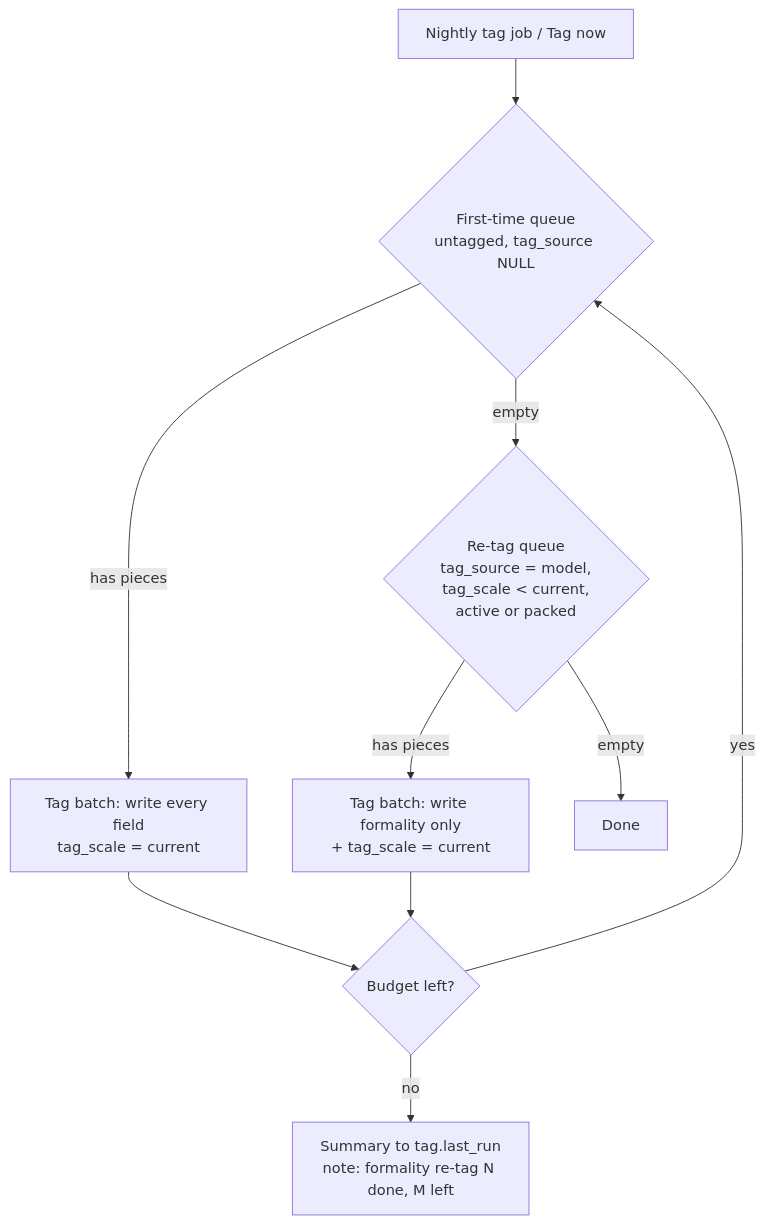
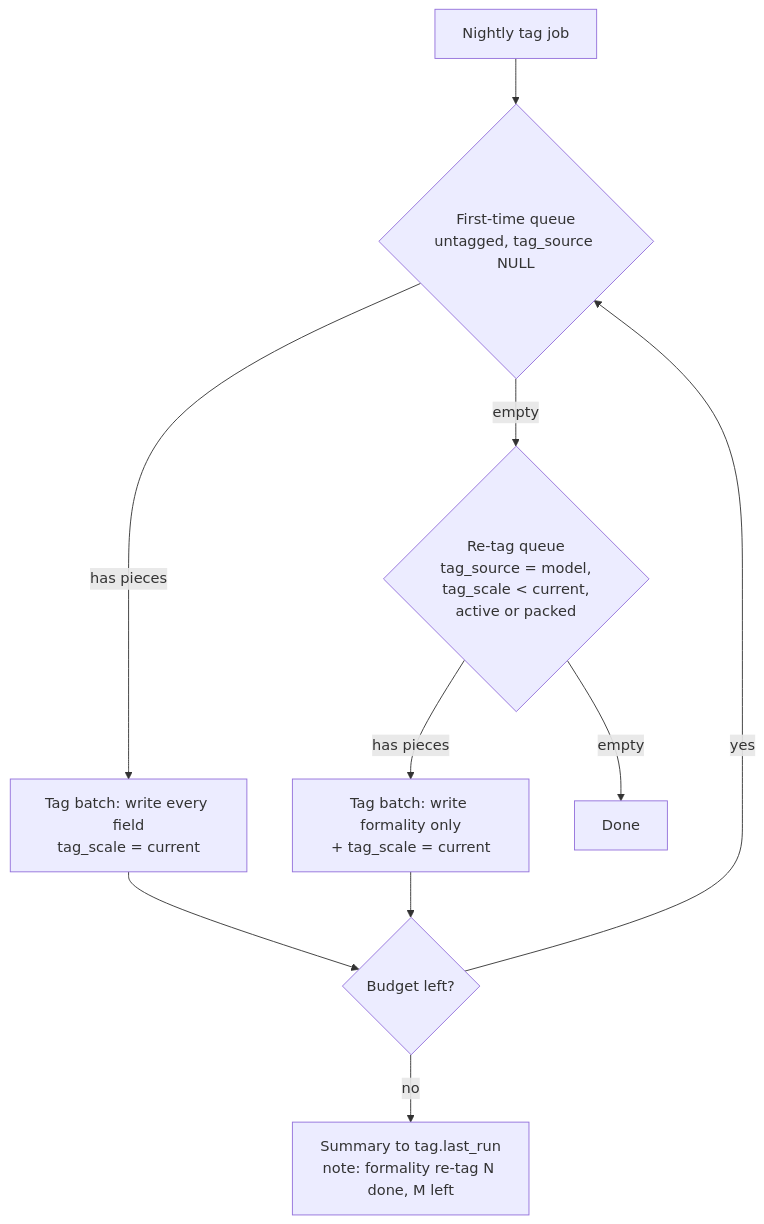
Before and after one commit to joeyh92989/joey-haas.dev: the diagram in docs/planning/2026-11-24-closet-formality-scale-design.md, drawn with Mermaid. The commit also changed other lines of this file and 7 other files, not shown here.

````diff
--- a/docs/planning/2026-11-24-closet-formality-scale-design.md
+++ b/docs/planning/2026-11-24-closet-formality-scale-design.md
@@ -37,12 +37,12 @@
 ```mermaid
 flowchart TD
-  N[Nightly tag job / Tag now] --> Q1{First-time queue<br/>untagged, tag_source NULL}
+  N[Nightly tag job] --> Q1{First-time queue<br/>untagged, tag_source NULL}
   Q1 -->|has pieces| T1[Tag batch: write every field<br/>tag_scale = current]
   Q1 -->|empty| Q2{Re-tag queue<br/>tag_source = model,<br/>tag_scale &lt; current,<br/>active or packed}
   Q2 -->|has pieces| T2[Tag batch: write formality only<br/>+ tag_scale = current]
   Q2 -->|empty| D[Done]
   T1 --> B{Budget left?}
   T2 --> B
   B -->|yes| Q1
   B -->|no| S[Summary to tag.last_run<br/>note: formality re-tag N done, M left]
 ```
````
